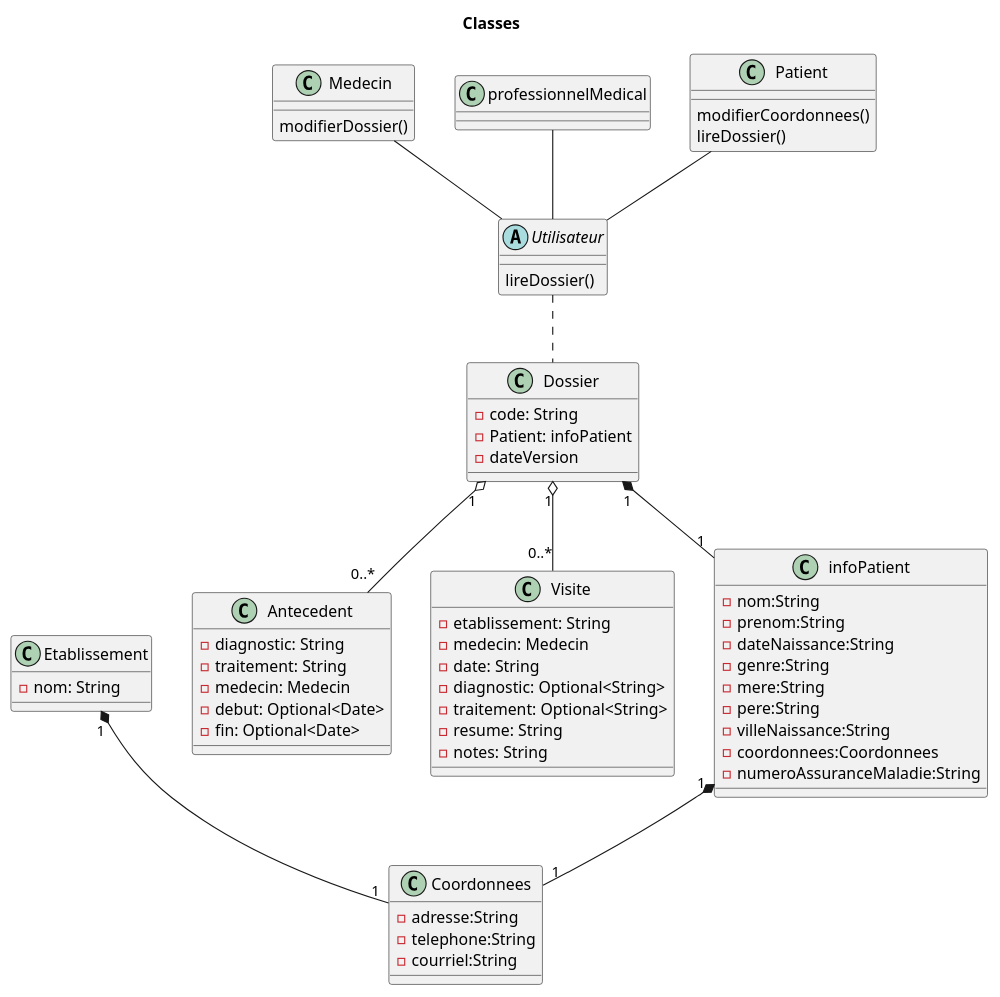
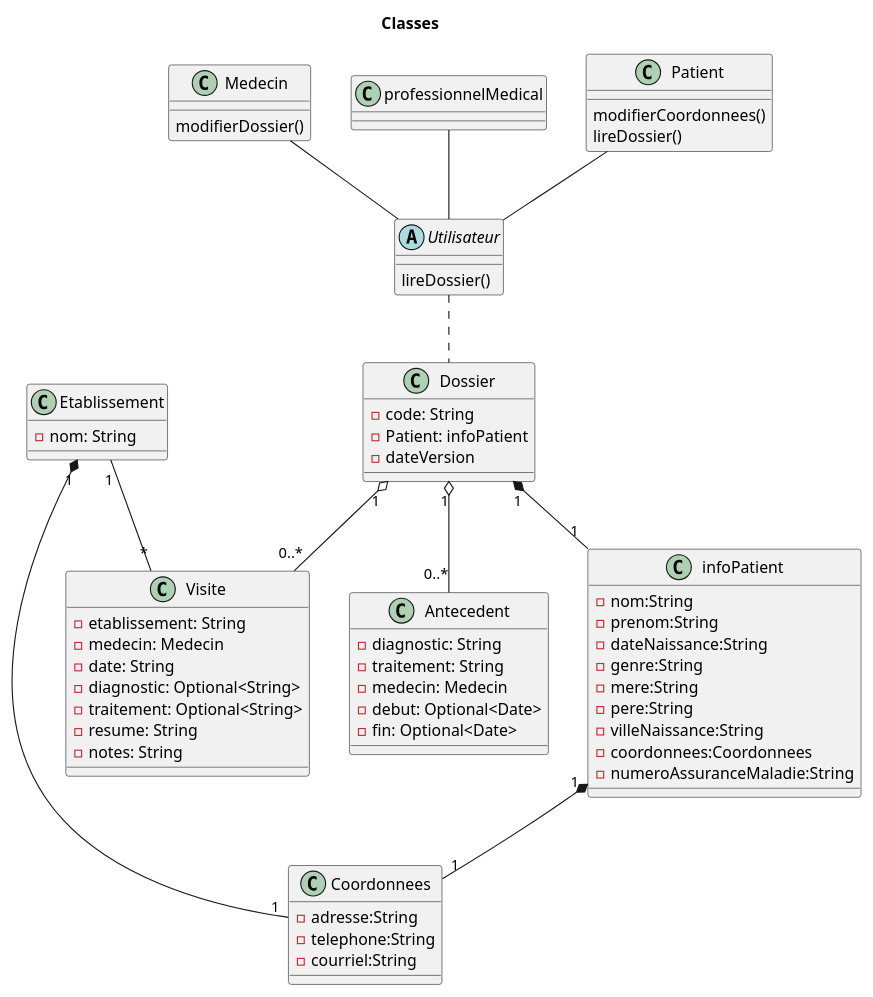
One commit to vbrayuqam/projet-genielog changed the diagram in classes.puml. Above: the diagram before and after it, drawn with PlantUML.

```diff
--- a/classes.puml
+++ b/classes.puml
@@ -1,87 +1,89 @@
 @startuml Classes
 
 title Classes
 
 class Dossier{
     - code: String
     - Patient: infoPatient
     - dateVersion
 }
 
 class Antecedent{
     - diagnostic: String
     - traitement: String
     - medecin: Medecin
     - debut: Optional<Date>
     - fin: Optional<Date>
 }
 
 class Visite{
     - etablissement: String
     - medecin: Medecin
     - date: String
     - diagnostic: Optional<String>
     - traitement: Optional<String>
     - resume: String
     - notes: String
 }
 
 
 class Medecin{
     modifierDossier()
 
 }
 
 class Coordonnees{
     -adresse:String
     -telephone:String
     -courriel:String
 }
 
 class professionnelMedical{}
 
 class Patient{
 
     modifierCoordonnees()
     lireDossier()
 }
 
 class infoPatient{
     -nom:String
     -prenom:String
     -dateNaissance:String
     -genre:String
     -mere:String
     -pere:String
     -villeNaissance:String
     -coordonnees:Coordonnees
     -numeroAssuranceMaladie:String
 }
 
 
 abstract Utilisateur{
     lireDossier()
 }
 
 class Etablissement{
     - nom: String
 }
 
 Patient -- Utilisateur
 Medecin -- Utilisateur
 professionnelMedical -- Utilisateur
 
 Utilisateur .. Dossier
 
 
 Etablissement "1" *-- "1" Coordonnees
 infoPatient "1" *-- "1" Coordonnees
 
 
 Dossier "1" *-- "1" infoPatient
 
 Dossier "1" o-- "0..*" Antecedent
 
 Dossier "1" o-- "0..*" Visite
 
+Etablissement "1" -- "*" Visite
+
 @enduml
```
